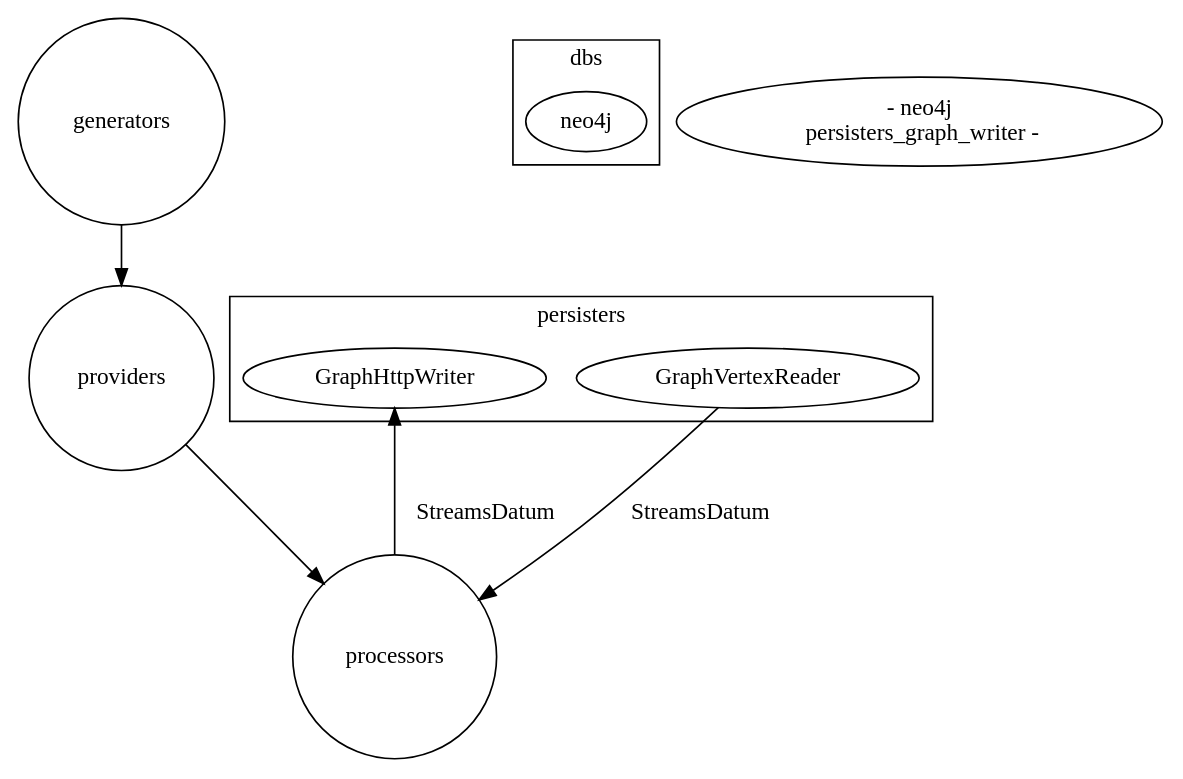
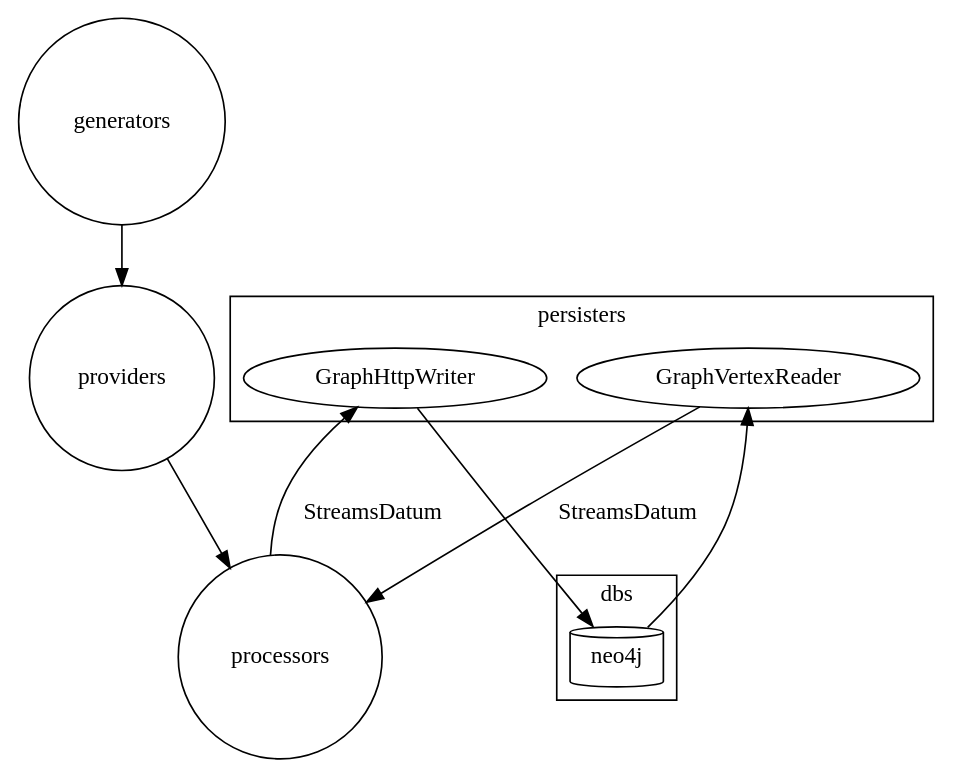
The diagram in streams-contrib/streams-persist-graph/src/main/resources/components.dot (apache/streams), drawn with Graphviz before and after one commit. The commit also changed 59 other files, not shown here.

Commit message:
another round of README and diagram improvements

```diff
--- a/streams-contrib/streams-persist-graph/src/main/resources/components.dot
+++ b/streams-contrib/streams-persist-graph/src/main/resources/components.dot
@@ -1,32 +1,32 @@
 digraph g {
 
   graph [compound = true];
 
   //presentation
   splines = true;
   overlap = false;
   rankdir = TB;
 
   generators [label="generators", shape="circle"];
   providers [label="providers", shape="circle"];
   processors [label="processors", shape="circle"];
 
   subgraph cluster_persisters {
     label="persisters";
     persisters_graph_reader [label="GraphVertexReader"]
     persisters_graph_writer [label="GraphHttpWriter"]
   }
 
   subgraph cluster_dbs {
     label="dbs";
-    neo4j [label="neo4j"]
+    neo4j [label="neo4j", shape="cylinder"]
   }
 
   generators -> providers
   providers -> processors
   processors -> persisters_graph_writer [label="StreamsDatum"]
   persisters_graph_reader -> processors [label="StreamsDatum"]
-  persisters_graph_reader <- neo4j
+  neo4j -> persisters_graph_reader
   persisters_graph_writer -> neo4j
 
 }
```
